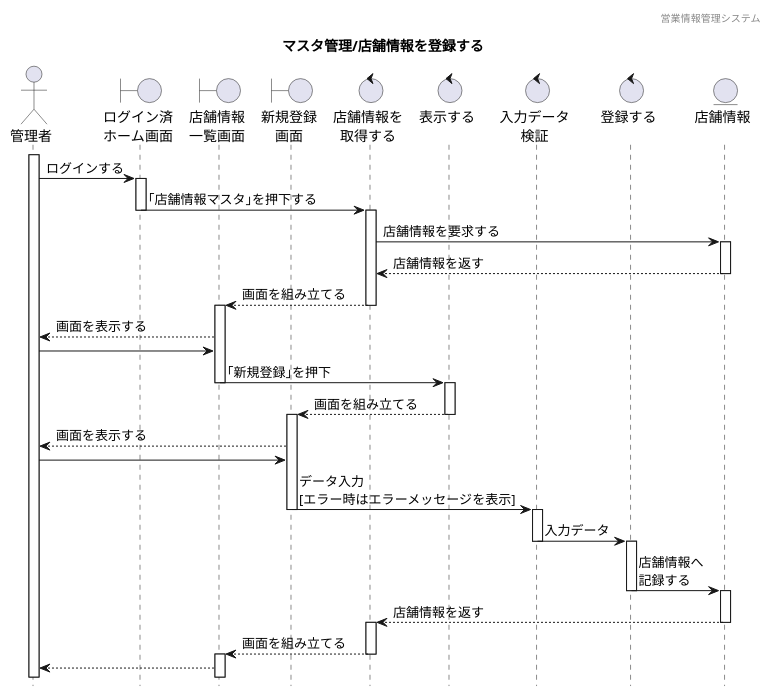
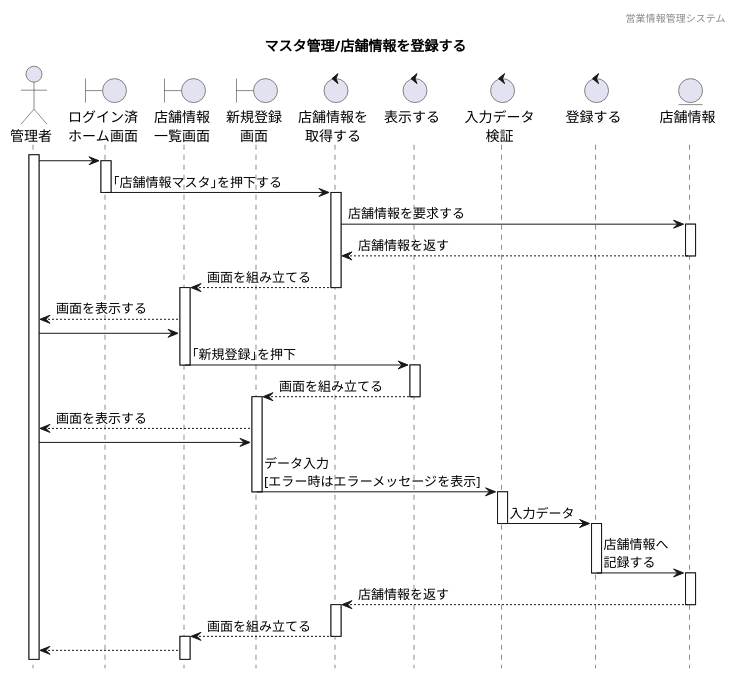
Before and after one commit to HaruShim/Sotuken: the diagram in 各種設計書/4シーケンス図/マスタ管理/2.店舗情報マスタ/店舗情報管理_登録.plantuml, drawn with PlantUML.

```diff
--- a/各種設計書/4シーケンス図/マスタ管理/2.店舗情報マスタ/店舗情報管理_登録.plantuml
+++ b/各種設計書/4シーケンス図/マスタ管理/2.店舗情報マスタ/店舗情報管理_登録.plantuml
@@ -1,65 +1,65 @@
 @startuml sequence
 
 hide footbox
 header 営業情報管理システム
 title マスタ管理/店舗情報を登録する
 
 ' actor "" as 
 actor "管理者" as a1
 ' boundary "" as
 boundary "ログイン済\nホーム画面" as b1
 boundary "店舗情報\n一覧画面" as b2
 boundary "新規登録\n画面" as b3
 ' control "" as 
 control "店舗情報を\n取得する" as c1
 control "表示する\n" as c2
 control "入力データ\n検証" as c3
 control "登録する\n" as c4
 ' entity "" as
 entity "店舗情報\n" as e1
 
 ' ログイン済みホーム画面から一覧表示までのシーケンス
 activate a1
-a1 -> b1 : ログインする
+a1 -> b1
 activate b1
 b1 -> c1 : ｢店舗情報マスタ｣を押下する
 deactivate
 activate c1
 c1 -> e1 : 店舗情報を要求する
 activate e1
 e1 --> c1 : 店舗情報を返す
 deactivate e1
 c1 --> b2 : 画面を組み立てる
 deactivate c1
 activate b2
 b2 --> a1 : 画面を表示する
 
 a1 -> b2 : 
 b2 -> c2 : ｢新規登録｣を押下
 deactivate b2
 activate c2
 c2 --> b3 : 画面を組み立てる
 deactivate c2
 activate b3
 b3 --> a1 : 画面を表示する
 
 a1 -> b3
 b3 -> c3 : データ入力\n[エラー時はエラーメッセージを表示]
 deactivate b3
 activate c3
 c3 -> c4 : 入力データ
 deactivate c3
 activate c4
 c4 -> e1 : 店舗情報へ\n記録する
 deactivate c4
 activate e1
 e1 --> c1 : 店舗情報を返す　　　　　　　　　　　　　　　
 deactivate e1
 activate c1
 c1 --> b2 : 画面を組み立てる
 deactivate c1
 activate b2
 b2 --> a1
 
 
 @enduml
```
